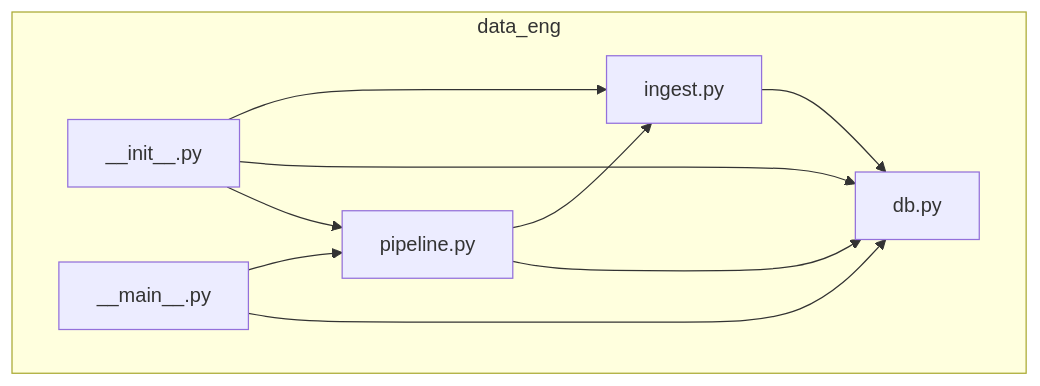
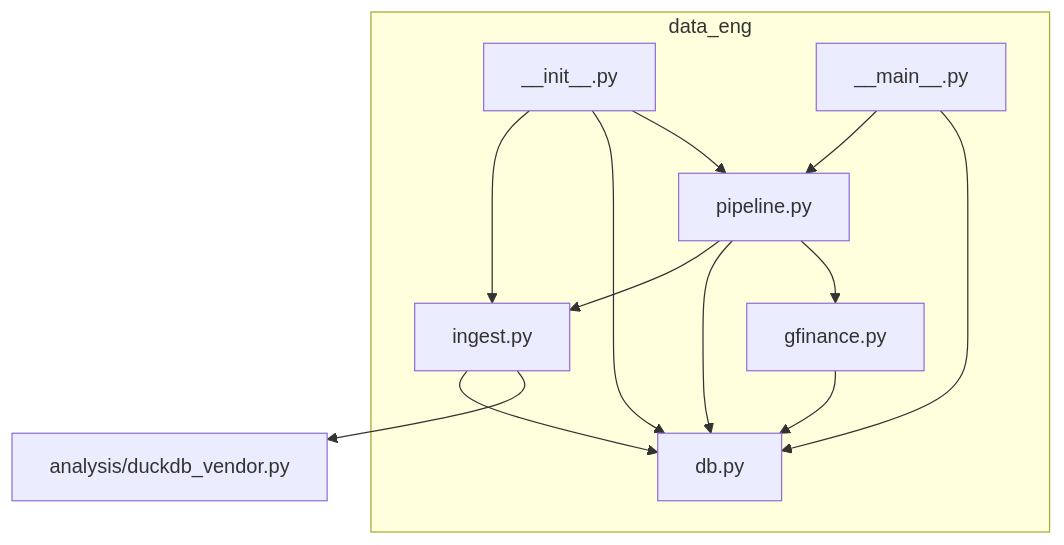
One commit to ZengSeng/telegram-bot changed the first of 11 diagrams in .qoder/repowiki/en/content/Core Components/Data Engineering Module/Data Engineering Module.md. Above: the diagram before and after it, drawn with Mermaid. The commit also changed other lines of this file and 8 other files, not shown here.

````diff
--- a/.qoder/repowiki/en/content/Core Components/Data Engineering Module/Data Engineering Module.md
+++ b/.qoder/repowiki/en/content/Core Components/Data Engineering Module/Data Engineering Module.md
@@ -47,18 +52,23 @@
 ```mermaid
 graph TB
 subgraph "data_eng"
 A["__init__.py"]
 B["__main__.py"]
 C["db.py"]
 D["ingest.py"]
 E["pipeline.py"]
+F["gfinance.py"]
 end
+G["analysis/duckdb_vendor.py"]
 B --> E
 E --> D
 D --> C
 A --> D
 A --> C
 A --> E
 B --> C
 E --> C
+E --> F
+F --> C
+D --> G
 ```
````
